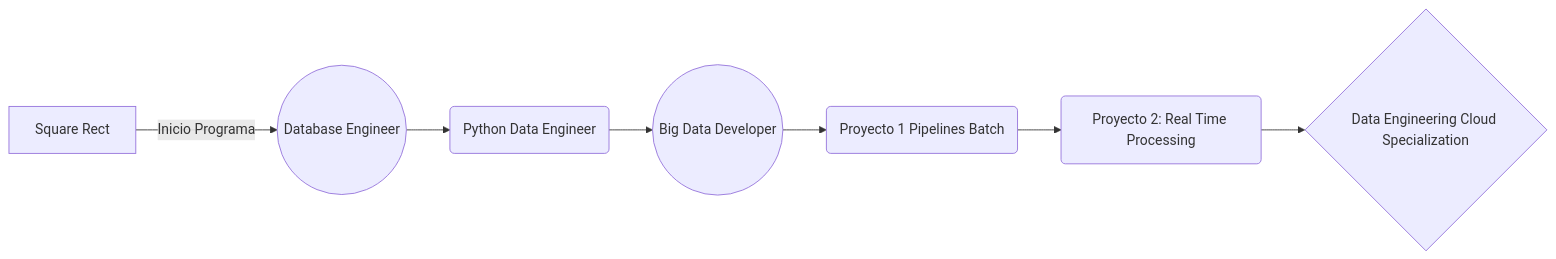
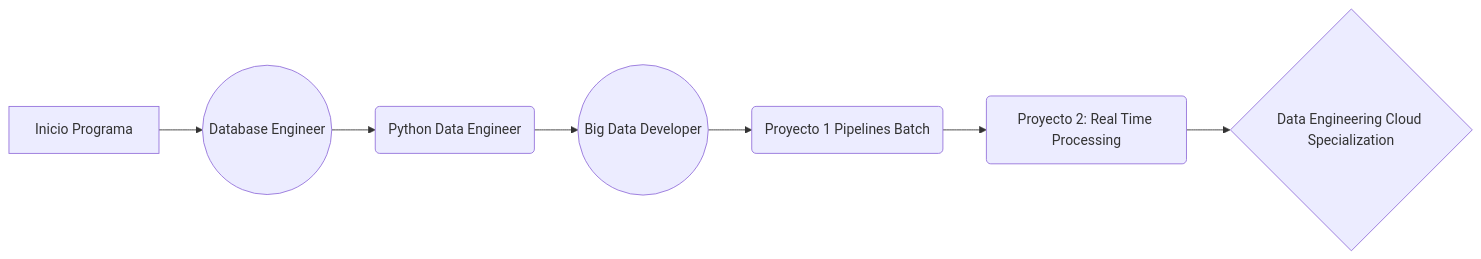
Before and after one commit to iejuva/baseDATAPATH: the diagram in README.md, drawn with Mermaid.

Commit message:
ajuste flow chart de programa data engineering data path

````diff
--- a/README.md
+++ b/README.md
@@ -11,9 +11,9 @@
 ```mermaid
 graph LR
-A[Square Rect] -- Inicio Programa --> B((Database Engineer))
+A[Inicio Programa] --> B((Database Engineer))
 B --> C(Python Data Engineer)
 C --> D((Big Data Developer))
 D --> E(Proyecto 1 Pipelines Batch)
 E --> F(Proyecto 2: Real Time Processing)
 F --> G{Data Engineering Cloud Specialization}
 ```
````
